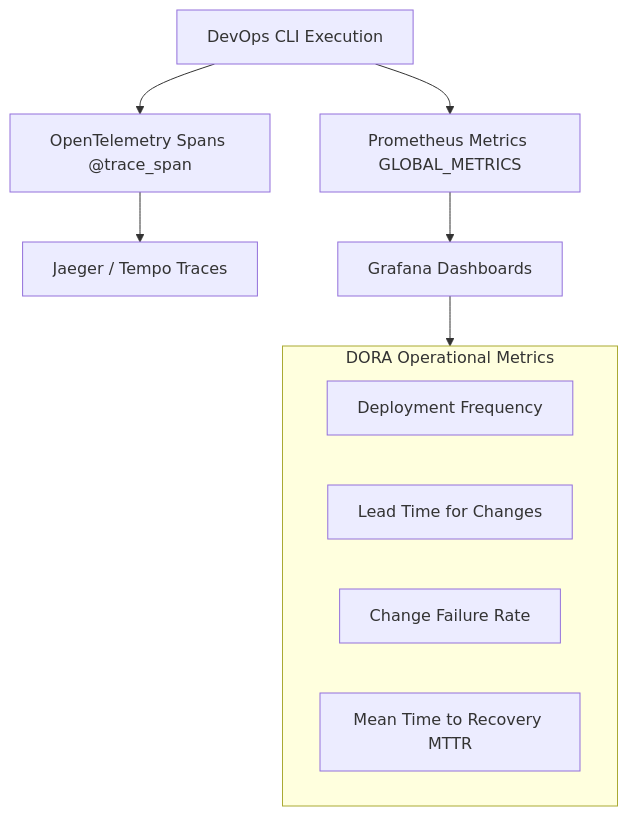
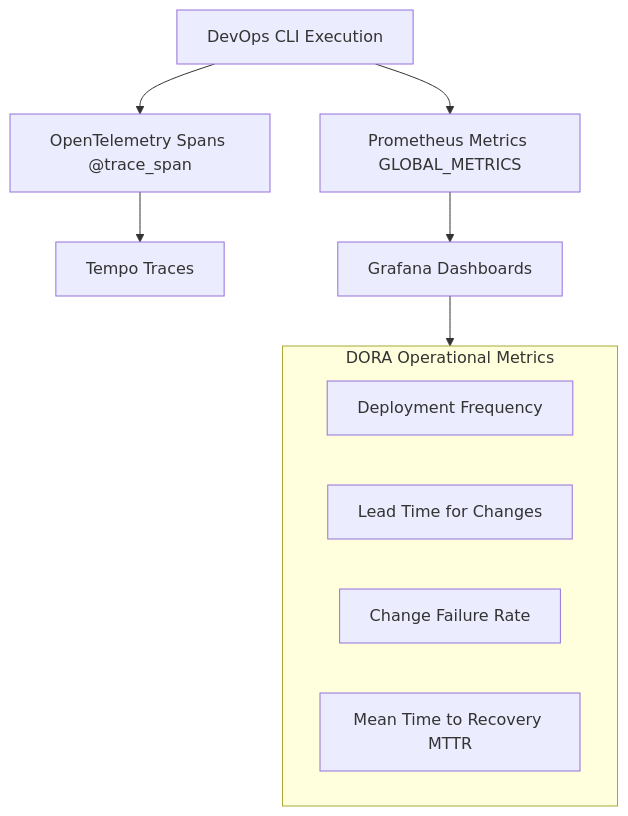
Before and after one commit to dan-petty/devops-cli: the eighth of 8 diagrams in docs/SDLC.md, drawn with Mermaid. The commit also changed 90 other files, not shown here.

Commit message:
feat(telemetry): store traces in Tempo on a PVC and link to logs and profiles (#1135)

````diff
--- a/docs/SDLC.md
+++ b/docs/SDLC.md
@@ -315,16 +315,16 @@
 ```mermaid
 flowchart TD
     CLI[DevOps CLI Execution] --> OTel[OpenTelemetry Spans @trace_span]
     CLI --> Prom[Prometheus Metrics GLOBAL_METRICS]
-    OTel --> Jaeger[Jaeger / Tempo Traces]
+    OTel --> Tempo[Tempo Traces]
     Prom --> Grafana[Grafana Dashboards]
 
     subgraph DORA[DORA Operational Metrics]
         M1[Deployment Frequency]
         M2[Lead Time for Changes]
         M3[Change Failure Rate]
         M4[Mean Time to Recovery MTTR]
     end
 
     Grafana --> DORA
 ```
````
